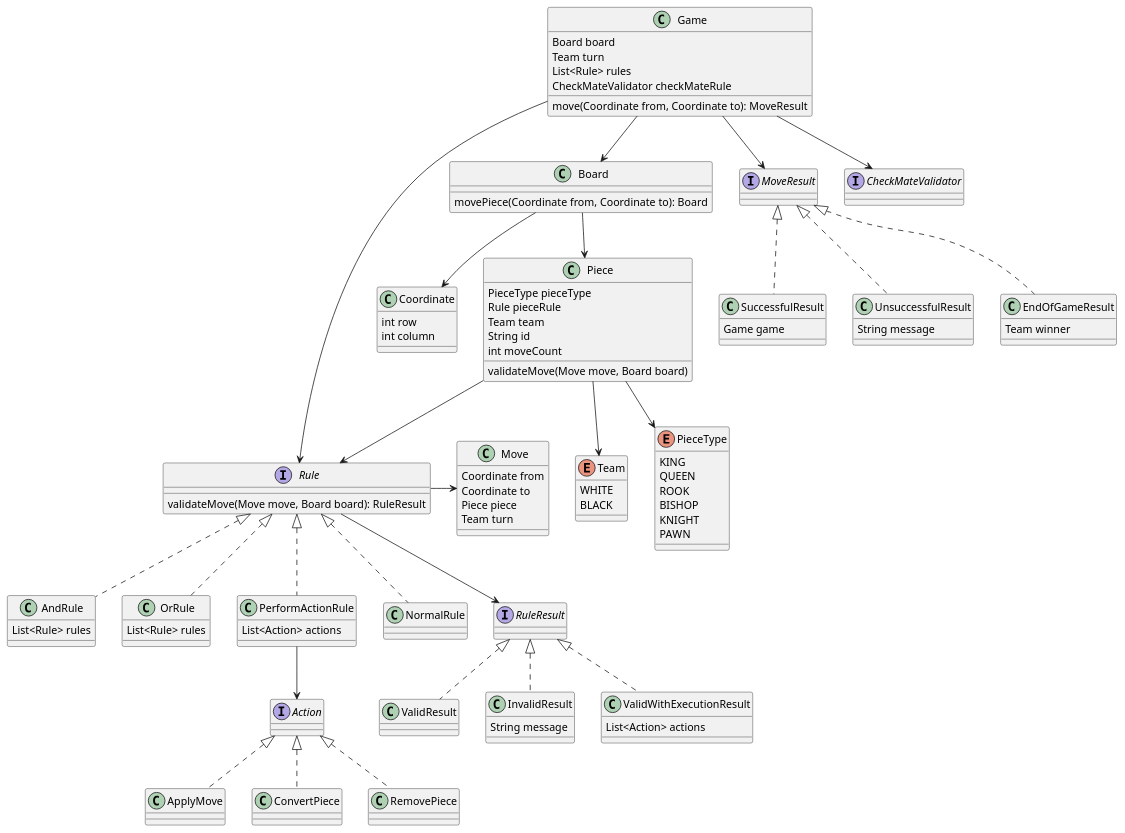
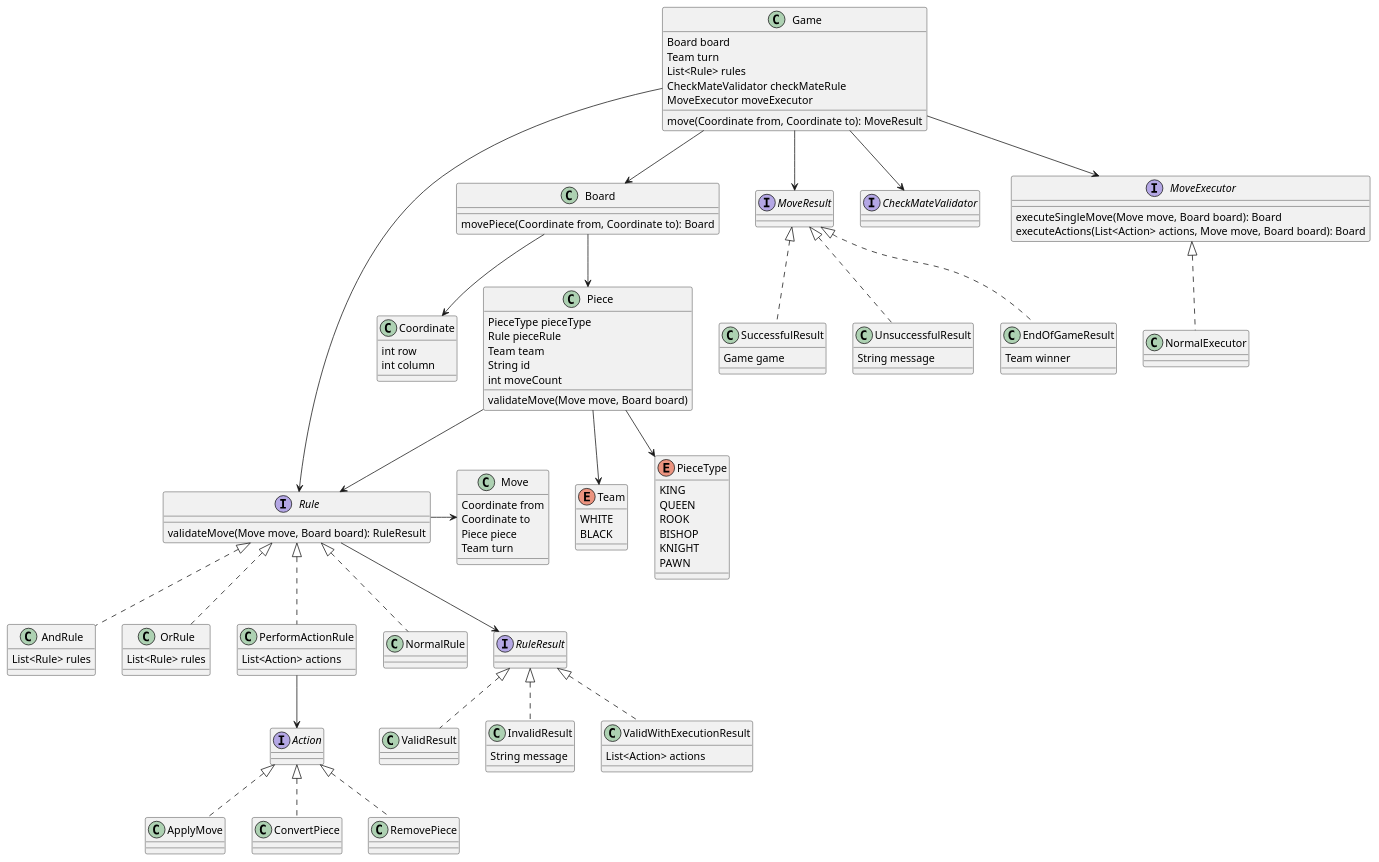
One commit to MatiBrego/chess-app changed the diagram in diagram/chess.puml. Above: the diagram before and after it, drawn with PlantUML. The commit also changed 5 other files, not shown here.

```diff
--- a/diagram/chess.puml
+++ b/diagram/chess.puml
@@ -1,123 +1,133 @@
 @startuml
 
 'Board Module
 class Board {
     movePiece(Coordinate from, Coordinate to): Board
 }
 
 class Coordinate {
     int row
     int column
 }
 
 Board --> Coordinate
 Board --> Piece
 'Board Module
 
 'Piece Module
 class Piece {
     PieceType pieceType
     Rule pieceRule
     Team team
     String id
     int moveCount
 
     validateMove(Move move, Board board)
 }
 
 enum Team {
     WHITE
     BLACK
 }
 
 enum PieceType {
         KING
         QUEEN
         ROOK
         BISHOP
         KNIGHT
         PAWN
 }
 Piece --> PieceType
 Piece --> Team
 'Piece Module
 
 'Rule Module
 interface Rule {
     validateMove(Move move, Board board): RuleResult
 }
 
 class AndRule implements Rule {
     List<Rule> rules
 }
 
 class OrRule implements Rule {
     List<Rule> rules
 }
 
 class PerformActionRule implements Rule {
     List<Action> actions
 }
 
 class NormalRule implements Rule {}
 
 Piece --> Rule
 Rule -> Move
 PerformActionRule --> Action
 Rule --> RuleResult
 'Rule Module
 
 'Result Module
 interface RuleResult {}
 
 class ValidResult implements RuleResult{}
 class InvalidResult implements RuleResult{
     String message
 }
 class ValidWithExecutionResult implements RuleResult{
     List<Action> actions
 }
 
 interface MoveResult {}
 
 class SuccessfulResult implements MoveResult {
     Game game
 }
 class UnsuccessfulResult implements MoveResult{
     String message
 }
 class EndOfGameResult implements MoveResult {
     Team winner
 }
 
 interface Action {}
 class ApplyMove implements Action {}
 class ConvertPiece implements Action {}
 class RemovePiece implements Action {}
 'Result Module
 
 'Game Module
 class Game {
     Board board
     Team turn
     List<Rule> rules
     CheckMateValidator checkMateRule
+    MoveExecutor moveExecutor
     move(Coordinate from, Coordinate to): MoveResult
 }
 
 class Move {
     Coordinate from
     Coordinate to
     Piece piece
     Team turn
 }
 
 interface CheckMateValidator
 
 Game --> Board
 Game --> Rule
 Game --> CheckMateValidator
 Game --> MoveResult
+Game --> MoveExecutor
 'Game Module
 
+'Executor Module
+interface MoveExecutor{
+    executeSingleMove(Move move, Board board): Board
+    executeActions(List<Action> actions, Move move, Board board): Board
+}
+
+class NormalExecutor implements MoveExecutor
+'Executor Module
 @enduml
```
